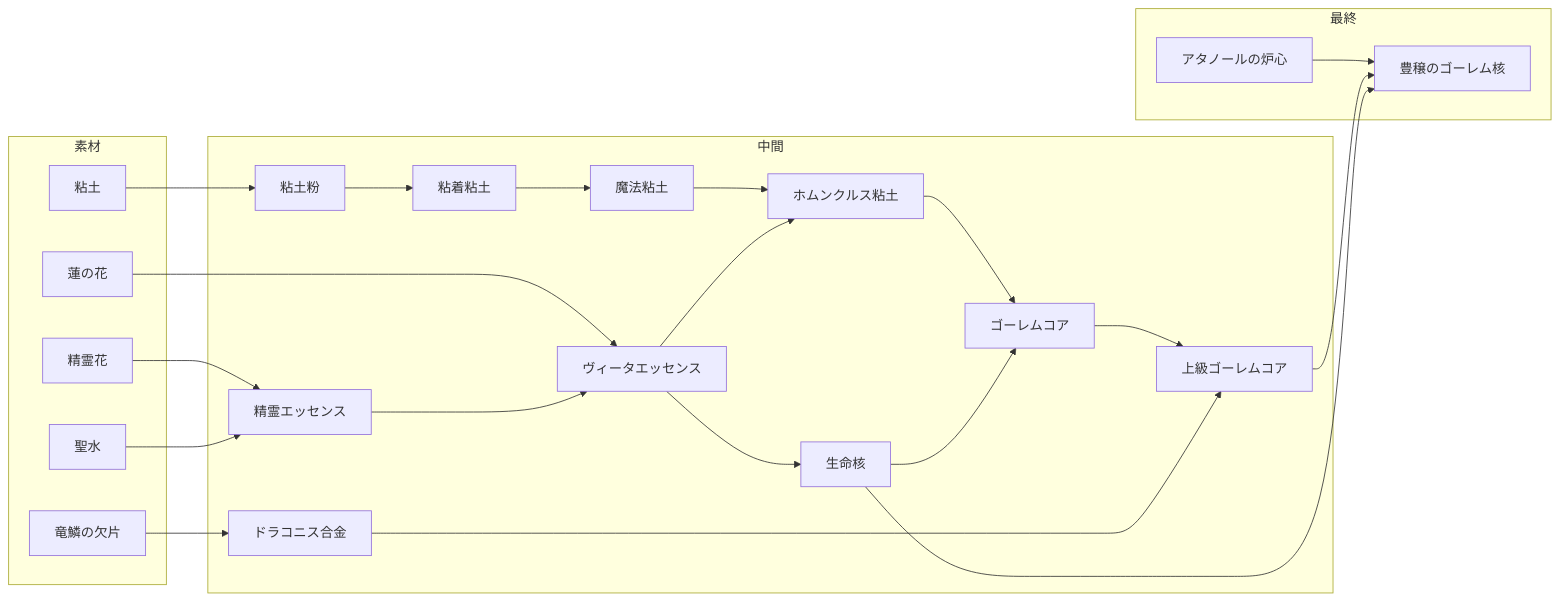
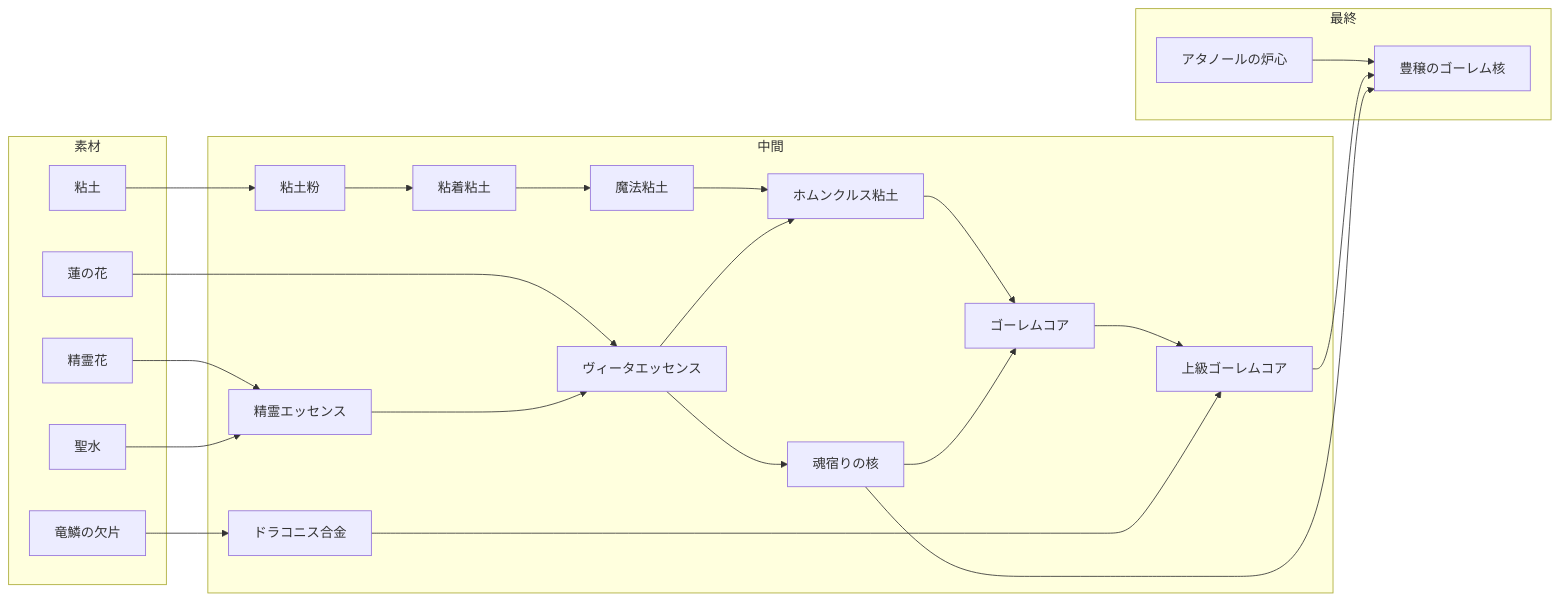
Before and after one commit to jonigata/Atelier: the sixth of 10 diagrams in documents/alchemy_tree_design.md, drawn with Mermaid. The commit also changed other lines of this file, not shown here.

````diff
--- a/documents/alchemy_tree_design.md
+++ b/documents/alchemy_tree_design.md
@@ -225,40 +225,40 @@
 ```mermaid
 flowchart LR
     subgraph 素材
         spirit[精霊花]
         lotus[蓮の花]
         holy[聖水]
         clay[粘土]
         dragon[竜鱗の欠片]
     end
 
     subgraph 中間
         spirit_e[精霊エッセンス]
         life_e[ヴィータエッセンス]
-        life_c[生命核]
+        life_c[魂宿りの核]
         clay_p[粘土粉]
         sticky[粘着粘土]
         magic_c[魔法粘土]
         golem_c[ホムンクルス粘土]
         golem[ゴーレムコア]
         adv_golem[上級ゴーレムコア]
         dragon_a[ドラコニス合金]
     end
 
     subgraph 最終
         reactor[アタノールの炉心]
         harvest[豊穣のゴーレム核]
     end
 
     spirit --> spirit_e
     holy --> spirit_e
     lotus --> life_e
     spirit_e --> life_e --> life_c
     clay --> clay_p --> sticky --> magic_c --> golem_c
     life_e --> golem_c --> golem --> adv_golem
     life_c --> golem
     dragon --> dragon_a --> adv_golem
     reactor --> harvest
     adv_golem --> harvest
     life_c --> harvest
 ```
````
